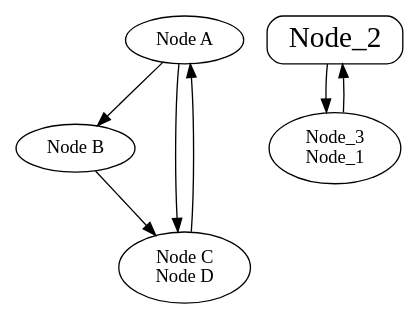
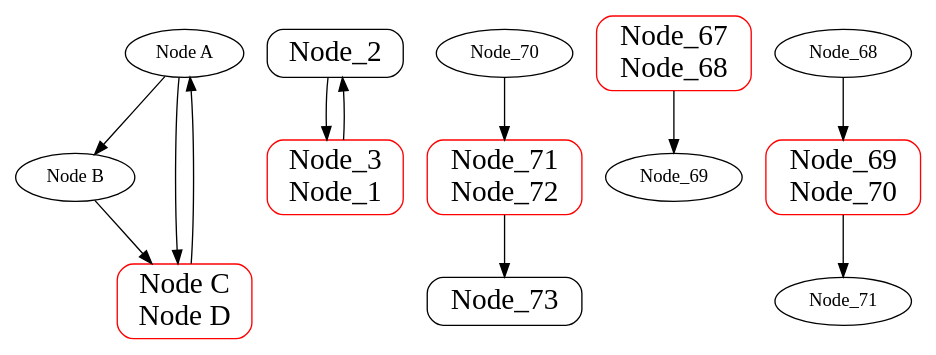
One commit to meysamkhazaee/dot_parser changed the diagram in result/1_updated.dot. Above: the diagram before and after it, drawn with Graphviz. The commit also changed 11 other files, not shown here.

```diff
--- a/result/1_updated.dot
+++ b/result/1_updated.dot
@@ -1,17 +1,30 @@
 digraph G {
 A [label="Node A"];
 B [label="Node B"];
 A -> B;
-subgraph "sub_graph" {
-label="sub_graph";
+subgraph "sub_graph_1" {
+label="sub_graph_1";
 Node_2 [shape=Mrecord, fontsize=22, label="Node_2"];
-Node_3_Node_1 [label="Node_3\nNode_1"];
+Node_3_Node_1 [label="Node_3\nNode_1", shape=Mrecord, fontsize=22, color=red];
 Node_3_Node_1 -> Node_2;
 Node_2 -> Node_3_Node_1;
 }
 
-C_D [label="Node C\nNode D"];
+subgraph "sub_graph_2" {
+label="sub_graph_2";
+Node_73 [shape=Mrecord, fontsize=22, label="Node_73"];
+Node_67_Node_68 [label="Node_67\nNode_68", shape=Mrecord, fontsize=22, color=red];
+Node_67_Node_68 -> Node_69;
+Node_69_Node_70 [label="Node_69\nNode_70", shape=Mrecord, fontsize=22, color=red];
+Node_69_Node_70 -> Node_71;
+Node_68 -> Node_69_Node_70;
+Node_71_Node_72 [label="Node_71\nNode_72", shape=Mrecord, fontsize=22, color=red];
+Node_71_Node_72 -> Node_73;
+Node_70 -> Node_71_Node_72;
+}
+
+C_D [label="Node C\nNode D", shape=Mrecord, fontsize=22, color=red];
 C_D -> A;
 A -> C_D;
 B -> C_D;
 }
```
